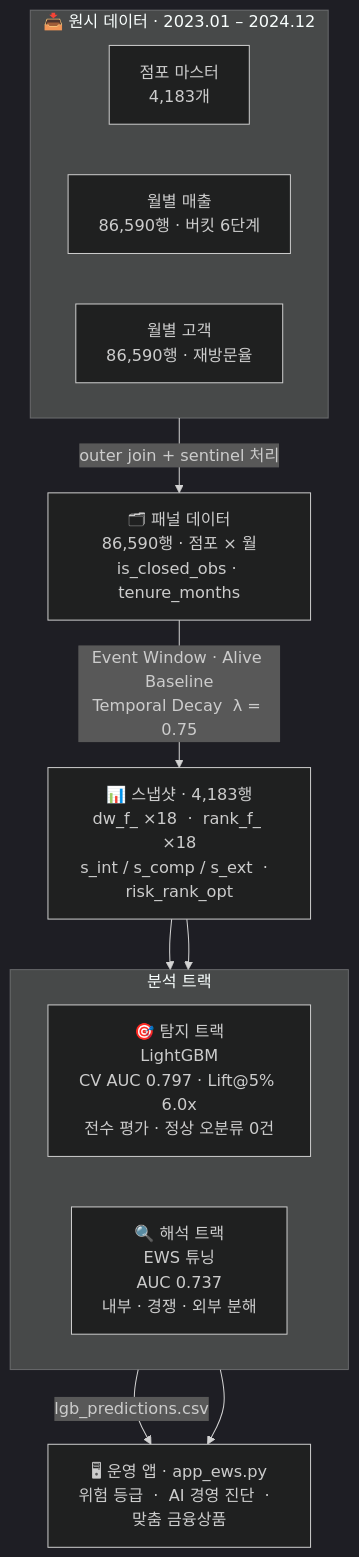
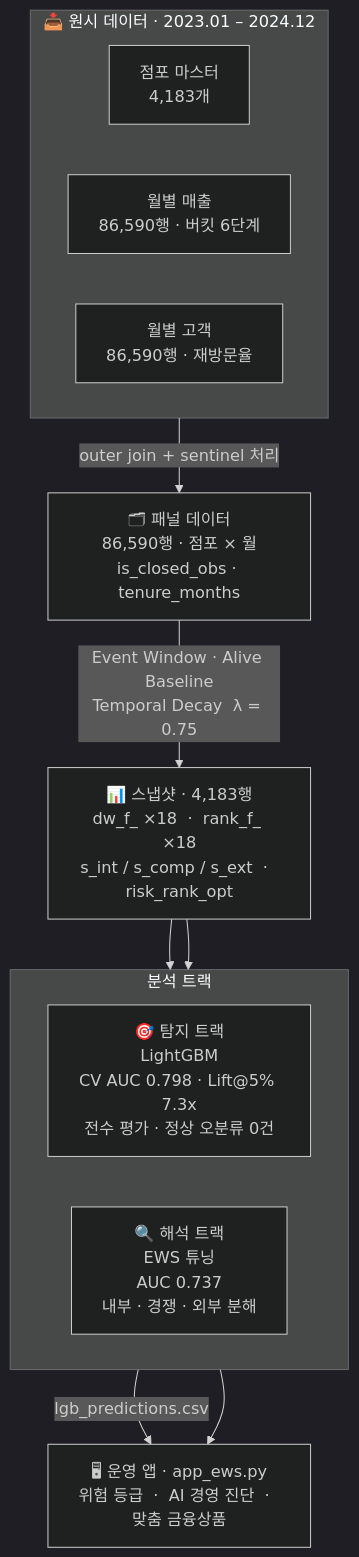
Before and after one commit to Broogun/bigcontest-2025-ews: the diagram in README.md, drawn with Mermaid (dark theme). The commit also changed other lines of this file, not shown here.

````diff
--- a/README.md
+++ b/README.md
@@ -83,28 +83,28 @@
 ```mermaid
 flowchart TD
     subgraph SRC["📥 원시 데이터 · 2023.01 – 2024.12"]
         direction LR
         D1["점포 마스터\n4,183개"]
         D2["월별 매출\n86,590행 · 버킷 6단계"]
         D3["월별 고객\n86,590행 · 재방문율"]
     end
 
     PANEL["🗂 패널 데이터\n86,590행 · 점포 × 월\nis_closed_obs · tenure_months"]
 
     SNAP["📊 스냅샷 · 4,183행\ndw_f_ ×18  ·  rank_f_ ×18\ns_int / s_comp / s_ext  ·  risk_rank_opt"]
 
     subgraph DUAL["분석 트랙"]
         direction LR
-        LGB["🎯 탐지 트랙\nLightGBM\nCV AUC 0.797 · Lift@5% 6.0x\n전수 평가 · 정상 오분류 0건"]
+        LGB["🎯 탐지 트랙\nLightGBM\nCV AUC 0.798 · Lift@5% 7.3x\n전수 평가 · 정상 오분류 0건"]
         EWS["🔍 해석 트랙\nEWS 튜닝\nAUC 0.737\n내부 · 경쟁 · 외부 분해"]
     end
 
     APP["🖥 운영 앱 · app_ews.py\n위험 등급  ·  AI 경영 진단  ·  맞춤 금융상품"]
 
     SRC      -->|"outer join + sentinel 처리"| PANEL
     PANEL    -->|"Event Window · Alive Baseline\nTemporal Decay  λ = 0.75"| SNAP
     SNAP     --> LGB
     SNAP     --> EWS
     LGB      -->|"lgb_predictions.csv"| APP
     EWS      --> APP
 ```
````
